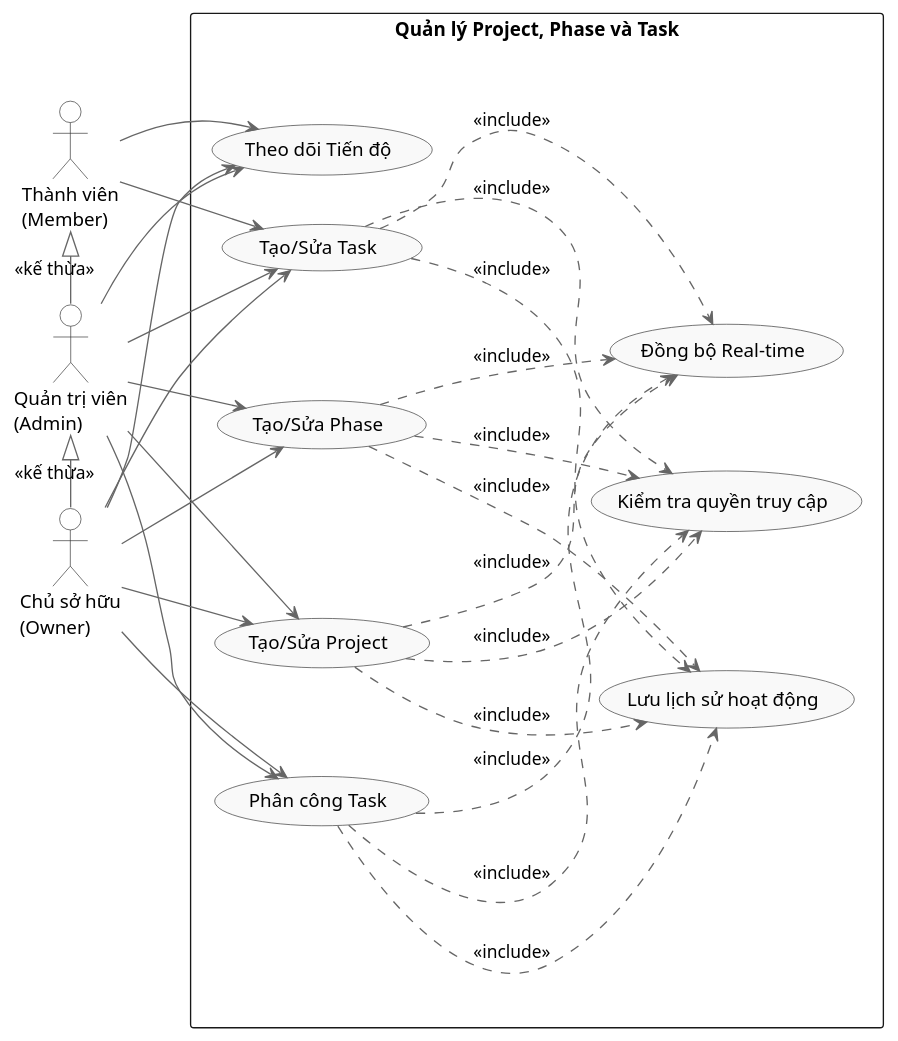
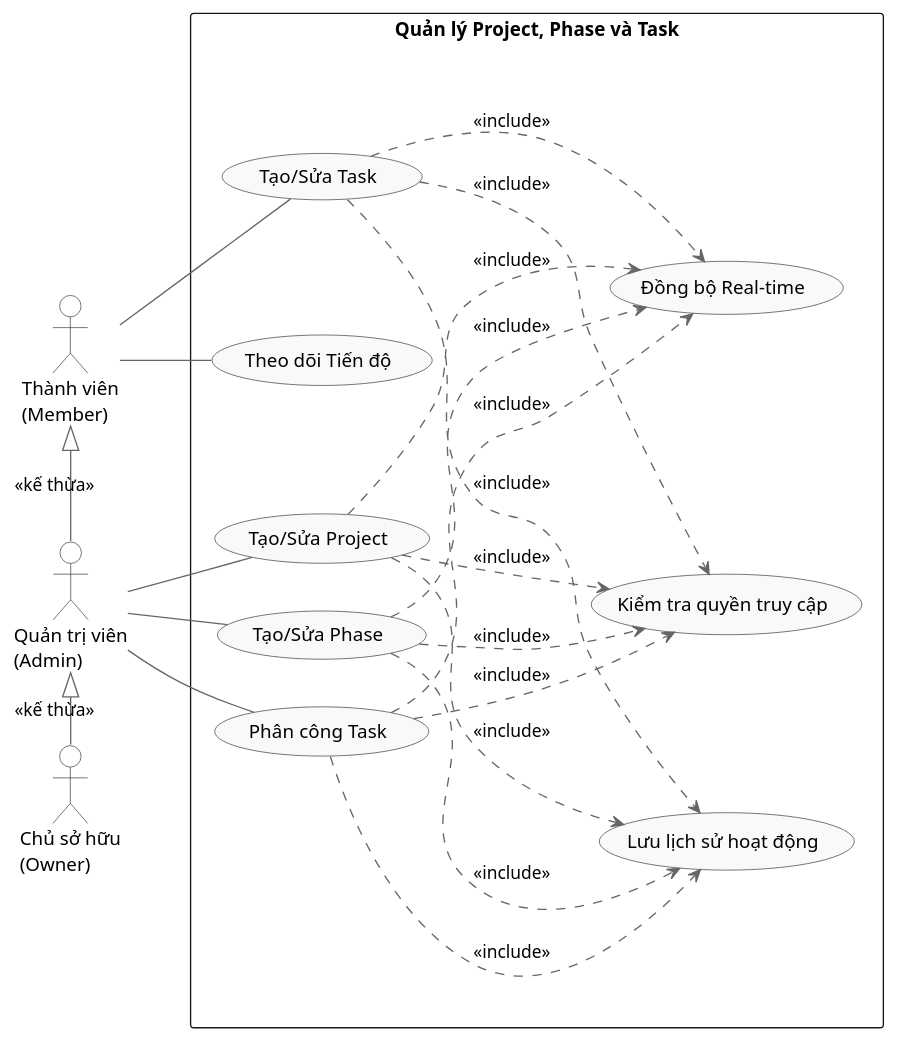
The diagram in tài liệu phân tích giai đoạn cuối/Function_ProjectPhaseTask.puml (CongDanhIT/project-management-system-teamwork), drawn with PlantUML before and after one commit. The commit also changed 69 other files, not shown here.

```diff
--- a/tài liệu phân tích giai đoạn cuối/Function_ProjectPhaseTask.puml
+++ b/tài liệu phân tích giai đoạn cuối/Function_ProjectPhaseTask.puml
@@ -1,62 +1,59 @@
 @startuml
 left to right direction
 skinparam packageStyle rectangle
 skinparam usecase {
     BackgroundColor #f9f9f9
     BorderColor #333333
     ArrowColor #666666
 }
 skinparam actor {
     BackgroundColor #ffffff
     BorderColor #333333
 }
 
 actor "Chủ sở hữu\n(Owner)" as Owner
 actor "Quản trị viên\n(Admin)" as Admin
 actor "Thành viên\n(Member)" as Member
 
 Owner -left-|> Admin : "<<kế thừa>>"
 Admin -left-|> Member : "<<kế thừa>>"
 
 rectangle "Quản lý Project, Phase và Task" {
     usecase "Tạo/Sửa Project" as UC_CreateProject
     usecase "Tạo/Sửa Phase" as UC_CreatePhase
     usecase "Tạo/Sửa Task" as UC_CreateTask
     usecase "Phân công Task" as UC_AssignTask
     usecase "Theo dõi Tiến độ" as UC_TrackProgress
     usecase "Kiểm tra quyền truy cập" as UC_CheckPermission
     usecase "Đồng bộ Real-time" as UC_RealTime
     usecase "Lưu lịch sử hoạt động" as UC_ActivityLog
 }
 
-Owner --> UC_CreateProject
-Owner --> UC_CreatePhase
-Owner --> UC_CreateTask
-Owner --> UC_AssignTask
-Owner --> UC_TrackProgress
+' Theo nguyên lý kế thừa (Inheritance):
+' - Member có quyền CreateTask và TrackProgress
+' - Admin kế thừa Member, có thêm quyền CreateProject, CreatePhase, AssignTask
+' - Owner kế thừa Admin, tự động có TẤT CẢ quyền trên nên không cần vẽ thêm đường nối.
 
-Admin --> UC_CreateProject
-Admin --> UC_CreatePhase
-Admin --> UC_CreateTask
-Admin --> UC_AssignTask
-Admin --> UC_TrackProgress
+Admin -- UC_CreateProject
+Admin -- UC_CreatePhase
+Admin -- UC_AssignTask
 
-Member --> UC_CreateTask
-Member --> UC_TrackProgress
+Member -- UC_CreateTask
+Member -- UC_TrackProgress
 
 UC_CreateProject ..> UC_CheckPermission : "<<include>>"
 UC_CreatePhase ..> UC_CheckPermission : "<<include>>"
 UC_CreateTask ..> UC_CheckPermission : "<<include>>"
 UC_AssignTask ..> UC_CheckPermission : "<<include>>"
 
 UC_CreateProject ..> UC_RealTime : "<<include>>"
 UC_CreatePhase ..> UC_RealTime : "<<include>>"
 UC_CreateTask ..> UC_RealTime : "<<include>>"
 UC_AssignTask ..> UC_RealTime : "<<include>>"
 
 UC_CreateProject ..> UC_ActivityLog : "<<include>>"
 UC_CreatePhase ..> UC_ActivityLog : "<<include>>"
 UC_CreateTask ..> UC_ActivityLog : "<<include>>"
 UC_AssignTask ..> UC_ActivityLog : "<<include>>"
 
 @enduml
```
